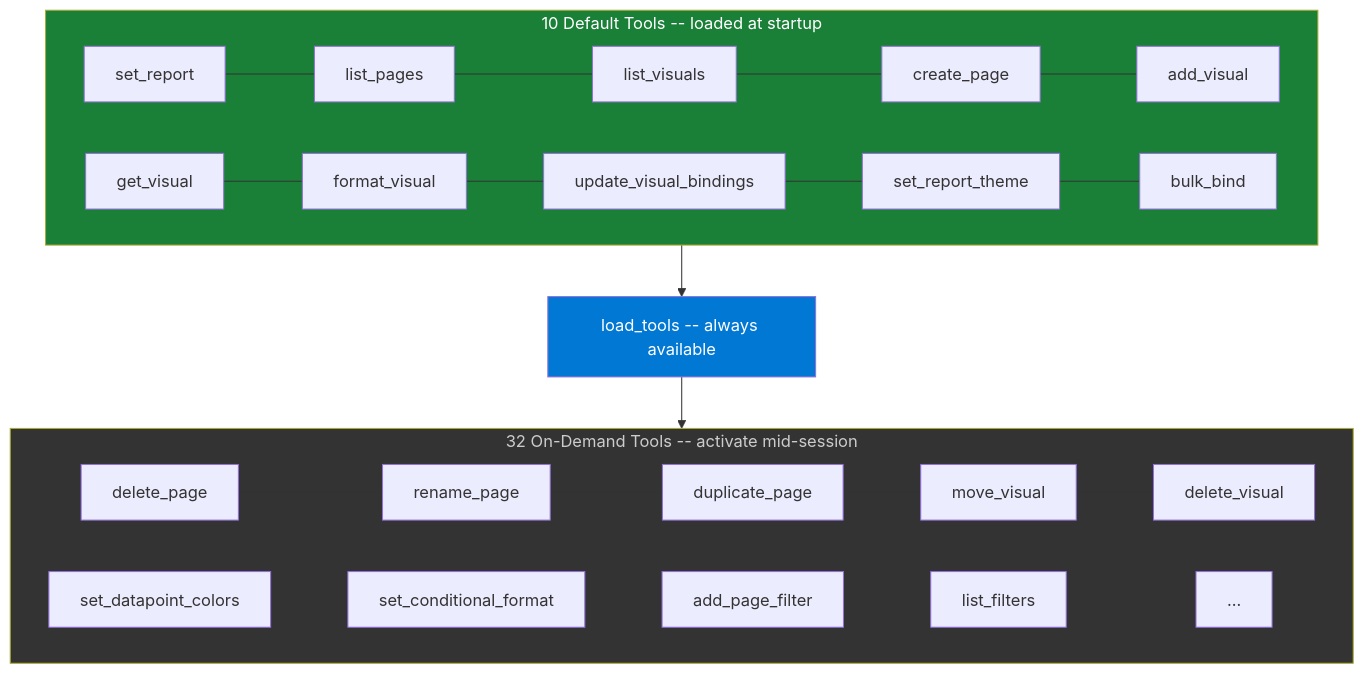
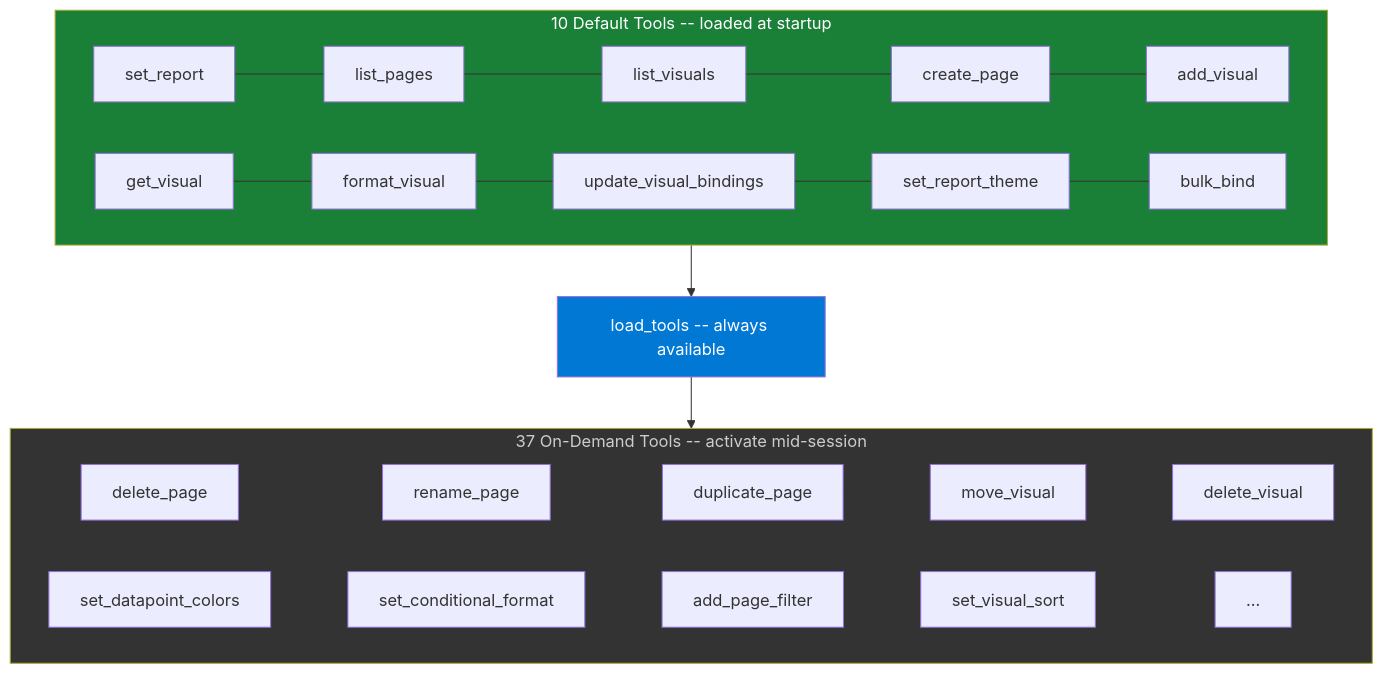
Before and after one commit to Edgargm87/powerbi-report-mcp: the second of 3 diagrams in README.md, drawn with Mermaid. The commit also changed other lines of this file and 67 other files, not shown here.

First line of the commit message:
v0.5.0: Add 5 new tools, enhance format/filter/page, version all docs

````diff
--- a/README.md
+++ b/README.md
@@ -202,20 +203,20 @@
 ```mermaid
 graph TD
     subgraph DEFAULT["10 Default Tools -- loaded at startup"]
         A1[set_report] --- A2[list_pages] --- A3[list_visuals] --- A4[create_page] --- A5[add_visual]
         B1[get_visual] --- B2[format_visual] --- B3[update_visual_bindings] --- B4[set_report_theme] --- B5[bulk_bind]
     end
 
     LT[load_tools -- always available]
 
-    subgraph ONDEMAND["32 On-Demand Tools -- activate mid-session"]
+    subgraph ONDEMAND["37 On-Demand Tools -- activate mid-session"]
         C1[delete_page] --- C2[rename_page] --- C3[duplicate_page] --- C4[move_visual] --- C5[delete_visual]
-        D1[set_datapoint_colors] --- D2[set_conditional_format] --- D3[add_page_filter] --- D4[list_filters] --- D5[...]
+        D1[set_datapoint_colors] --- D2[set_conditional_format] --- D3[add_page_filter] --- D4[set_visual_sort] --- D5[...]
     end
 
     DEFAULT --> LT --> ONDEMAND
 
     style DEFAULT fill:#1a7f37,color:#fff
     style ONDEMAND fill:#333,color:#ccc
     style LT fill:#0078D4,color:#fff
 ```
````
